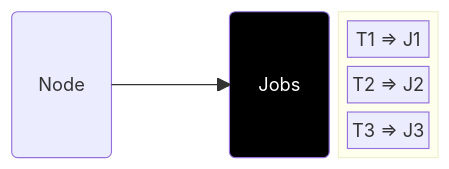
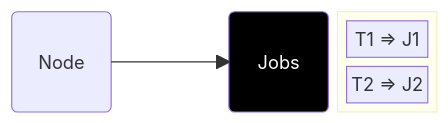
The second of 4 diagrams in docs/slidev/slides/Jobs.md (duclos-cavalcanti/TreeBuilder), drawn with Mermaid before and after one commit. The commit also changed other lines of this file and 1 other file, not shown here.

````diff
--- a/docs/slidev/slides/Jobs.md
+++ b/docs/slidev/slides/Jobs.md
@@ -69,16 +77,15 @@
 ```mermaid
 block-beta
     N("Node"):1
     space
     J("<font color=white>Jobs"):1
     block:jobs
         columns 1
         A["T1 => J1"] 
         B["T2 => J2"] 
-        C["T3 => J3"] 
     end
 
     N --> J
 
     style J fill:#000000
 ```
````
